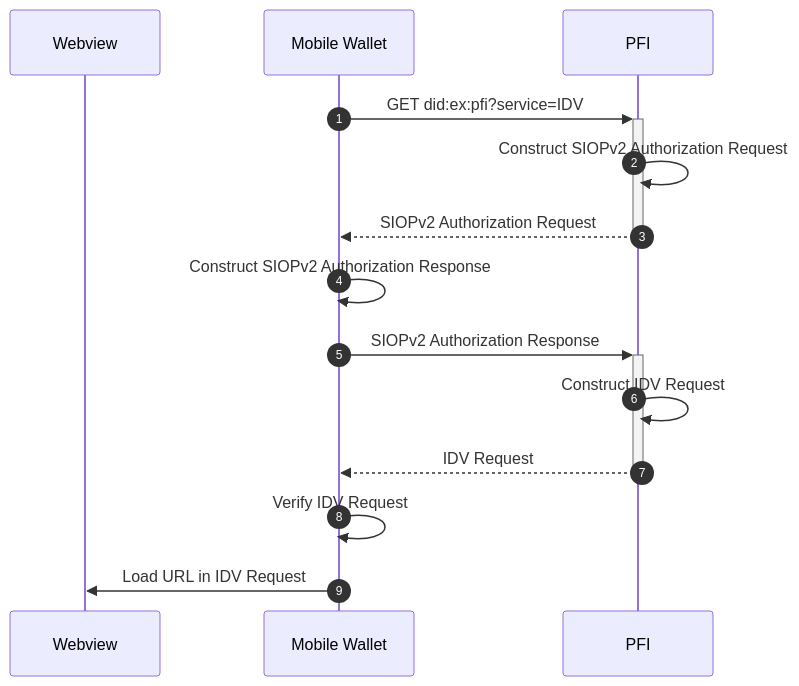
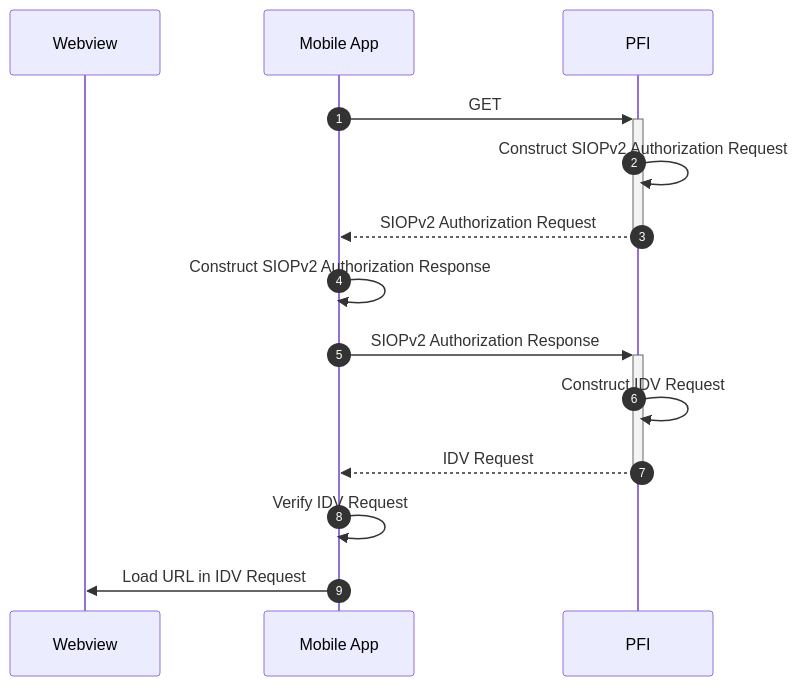
One commit to TBD54566975/known-customer-credential changed the second of 6 diagrams in README.md. Above: the diagram before and after it, drawn with Mermaid. The commit also changed other lines of this file, not shown here.

````diff
--- a/README.md
+++ b/README.md
@@ -186,18 +231,18 @@
 ```mermaid
 sequenceDiagram
 autonumber
 
 participant W as Webview
-participant D as Mobile Wallet
+participant D as Mobile App
 participant P as PFI
 
-D->>+P: GET did:ex:pfi?service=IDV
+D->>+P: GET
 P->>P: Construct SIOPv2 Authorization Request
 P-->>-D: SIOPv2 Authorization Request
 D->>D: Construct SIOPv2 Authorization Response
 D->>+P: SIOPv2 Authorization Response
 P->>P: Construct IDV Request
 P-->>-D: IDV Request
 D->>D: Verify IDV Request
 D->>W: Load URL in IDV Request
 ```
````
